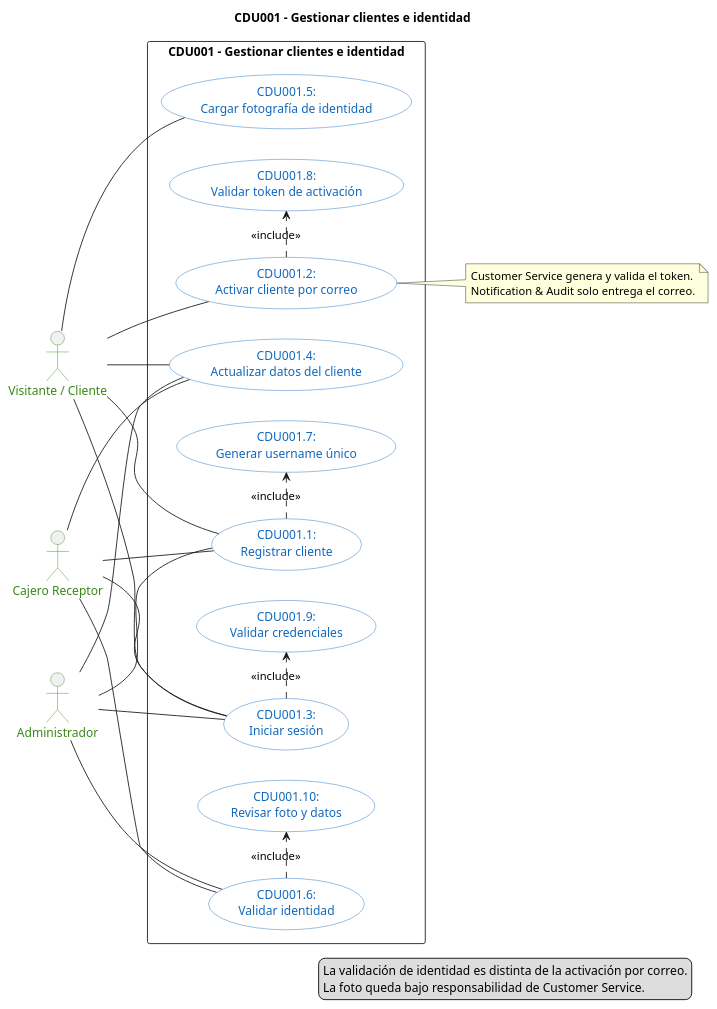
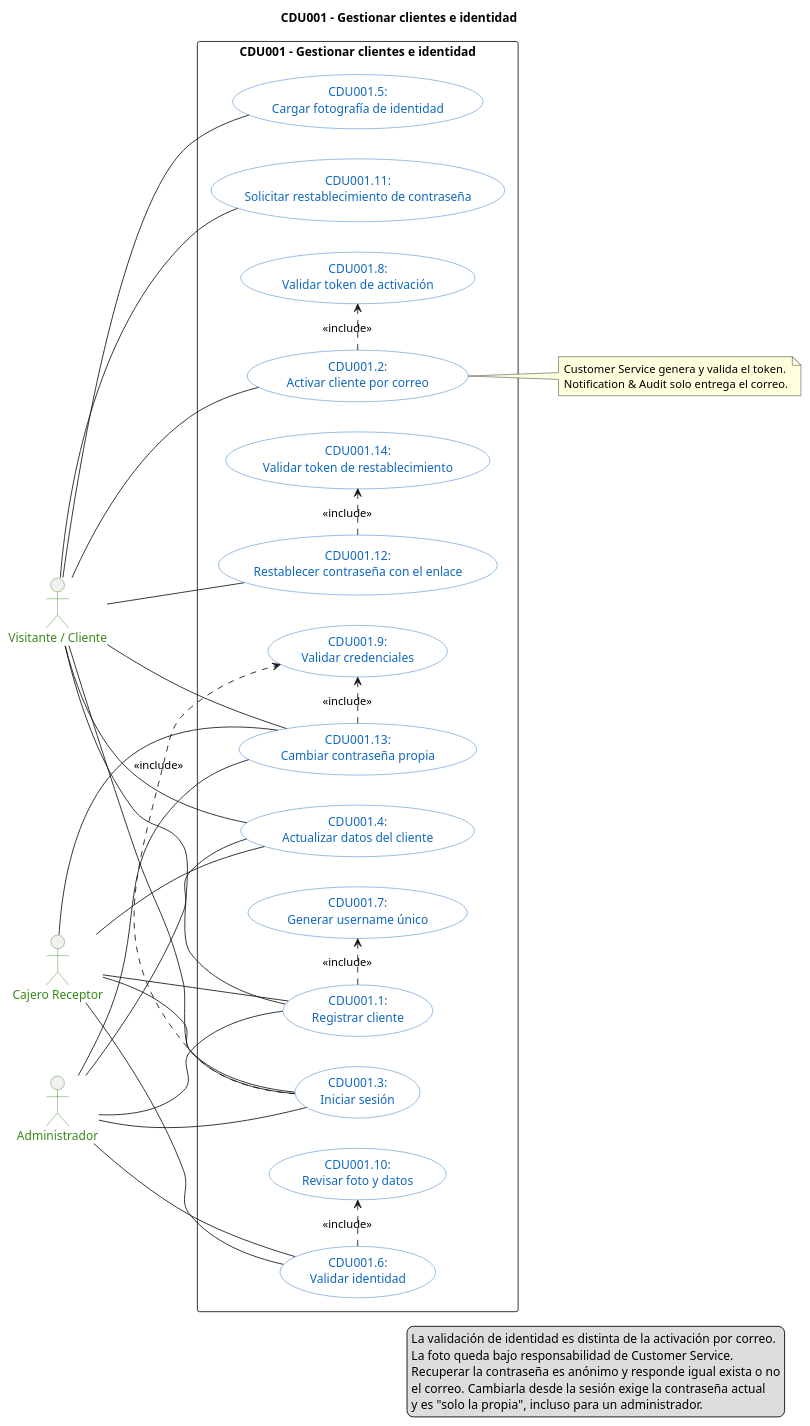
The diagram in docs/architecture/diagrams/cdu/customer/customer-casos-de-uso.puml (marcosbondel/Proyecto-SA-B-2), drawn with PlantUML before and after one commit. The commit also changed 66 other files, not shown here.

```diff
--- a/docs/architecture/diagrams/cdu/customer/customer-casos-de-uso.puml
+++ b/docs/architecture/diagrams/cdu/customer/customer-casos-de-uso.puml
@@ -1,65 +1,79 @@
 @startuml customer-casos-de-uso
 left to right direction
 
 title CDU001 - Gestionar clientes e identidad
 
 skinparam shadowing false
 skinparam packageStyle rectangle
 skinparam usecase {
     BackgroundColor #FFFFFF
     BorderColor #1168BD
     FontColor #1168BD
 }
 skinparam actor {
     BorderColor #398819
     FontColor #398819
 }
 
 actor "Visitante / Cliente" as actor_customer
 actor "Cajero Receptor" as actor_teller
 actor "Administrador" as actor_admin
 
 rectangle "CDU001 - Gestionar clientes e identidad" as system_customer {
     usecase "CDU001.1:\nRegistrar cliente" as uc_customer_register
     usecase "CDU001.2:\nActivar cliente por correo" as uc_customer_activate
     usecase "CDU001.3:\nIniciar sesión" as uc_customer_login
     usecase "CDU001.4:\nActualizar datos del cliente" as uc_customer_update
     usecase "CDU001.5:\nCargar fotografía de identidad" as uc_customer_upload
     usecase "CDU001.6:\nValidar identidad" as uc_customer_identity
     usecase "CDU001.7:\nGenerar username único" as uc_customer_username
     usecase "CDU001.8:\nValidar token de activación" as uc_customer_token
     usecase "CDU001.9:\nValidar credenciales" as uc_customer_credentials
     usecase "CDU001.10:\nRevisar foto y datos" as uc_customer_review
+    usecase "CDU001.11:\nSolicitar restablecimiento de contraseña" as uc_customer_reset_request
+    usecase "CDU001.12:\nRestablecer contraseña con el enlace" as uc_customer_reset_confirm
+    usecase "CDU001.13:\nCambiar contraseña propia" as uc_customer_password
+    usecase "CDU001.14:\nValidar token de restablecimiento" as uc_customer_reset_token
 }
 
 actor_customer -- uc_customer_register
 actor_customer -- uc_customer_activate
 actor_customer -- uc_customer_login
 actor_customer -- uc_customer_update
 actor_customer -- uc_customer_upload
+actor_customer -- uc_customer_reset_request
+actor_customer -- uc_customer_reset_confirm
+actor_customer -- uc_customer_password
 
 actor_teller -- uc_customer_register
 actor_teller -- uc_customer_login
 actor_teller -- uc_customer_update
 actor_teller -- uc_customer_identity
+actor_teller -- uc_customer_password
 
 actor_admin -- uc_customer_register
 actor_admin -- uc_customer_login
 actor_admin -- uc_customer_update
 actor_admin -- uc_customer_identity
+actor_admin -- uc_customer_password
 
 uc_customer_register .> uc_customer_username : <<include>>
 uc_customer_activate .> uc_customer_token : <<include>>
 uc_customer_login .> uc_customer_credentials : <<include>>
 uc_customer_identity .> uc_customer_review : <<include>>
+uc_customer_reset_confirm .> uc_customer_reset_token : <<include>>
+uc_customer_password .> uc_customer_credentials : <<include>>
 
 note right of uc_customer_activate
     Customer Service genera y valida el token.
     Notification & Audit solo entrega el correo.
 end note
 
 legend right
     La validación de identidad es distinta de la activación por correo.
     La foto queda bajo responsabilidad de Customer Service.
+    Recuperar la contraseña es anónimo y responde igual exista o no
+    el correo. Cambiarla desde la sesión exige la contraseña actual
+    y es "solo la propia", incluso para un administrador.
 endlegend
 @enduml
```
